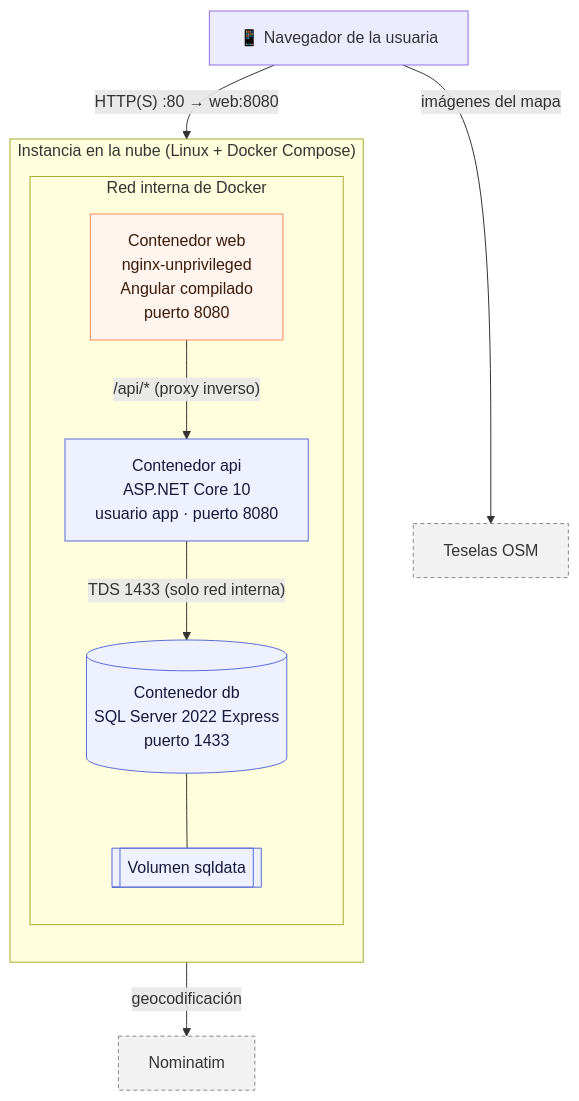
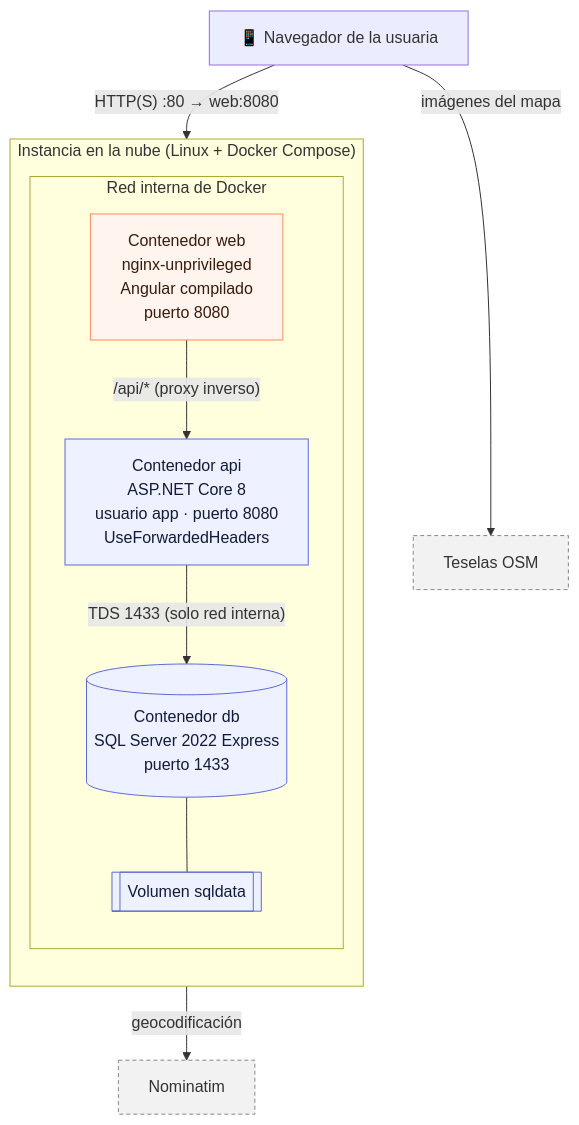
Before and after one commit to sergionieto1604/caminoSeguro: diagram 11 of 12 in docs/02-diagramas-uml.md, drawn with Mermaid. The commit also changed other lines of this file and 26 other files, not shown here.

````diff
--- a/docs/02-diagramas-uml.md
+++ b/docs/02-diagramas-uml.md
@@ -603,31 +608,31 @@
 ```mermaid
 flowchart TB
     U["📱 Navegador de la usuaria"]
 
     subgraph VM["Instancia en la nube (Linux + Docker Compose)"]
         direction TB
         subgraph RED["Red interna de Docker"]
             WEB["Contenedor web<br/>nginx-unprivileged<br/>Angular compilado<br/>puerto 8080"]
-            API["Contenedor api<br/>ASP.NET Core 10<br/>usuario app · puerto 8080"]
+            API["Contenedor api<br/>ASP.NET Core 8<br/>usuario app · puerto 8080<br/>UseForwardedHeaders"]
             DB[("Contenedor db<br/>SQL Server 2022 Express<br/>puerto 1433")]
             VOL[["Volumen sqldata"]]
         end
     end
 
     OSM["Teselas OSM"]
     NOM["Nominatim"]
 
     U -- "HTTP(S) :80 → web:8080" --> WEB
     WEB -- "/api/* (proxy inverso)" --> API
     API -- "TDS 1433 (solo red interna)" --> DB
     DB --- VOL
     U -- "imágenes del mapa" --> OSM
     API -- "geocodificación" --> NOM
 
     classDef pub fill:#fff4ee,stroke:#ff8a5b,color:#3a1a0a
     classDef priv fill:#eef1ff,stroke:#5b6bd6,color:#151a3a
     classDef ext fill:#f2f2f2,stroke:#888,stroke-dasharray:4 3,color:#333
     class WEB pub
     class API,DB,VOL priv
     class OSM,NOM ext
 ```
````
